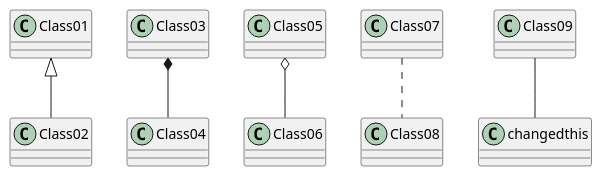
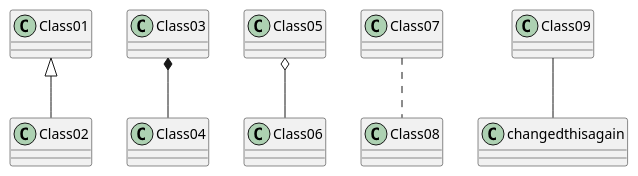
Before and after one commit to weichware10/meilensteine: the diagram in meilenstein_03/test.puml, drawn with PlantUML. The commit also changed 1 other file, not shown here.

```diff
--- a/meilenstein_03/test.puml
+++ b/meilenstein_03/test.puml
@@ -1,7 +1,7 @@
 @startuml test
 Class01 <|-- Class02
 Class03 *-- Class04
 Class05 o-- Class06
 Class07 .. Class08
-Class09 -- changedthis
+Class09 -- changedthisagain
 @enduml
```
